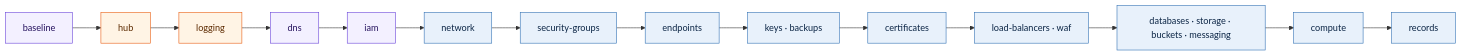
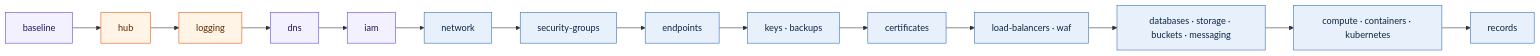
Before and after one commit to justin-samuel12/terraform-aws-scaffold: the fifth of 5 diagrams in README.md, drawn with Mermaid. The commit also changed other lines of this file and 182 other files, not shown here.

````diff
--- a/README.md
+++ b/README.md
@@ -135,14 +135,14 @@
 ```mermaid
 flowchart LR
   base["baseline"] --> hub["hub"] --> log["logging"] --> dns["dns"] --> iam["iam"]
   iam --> net["network"] --> sg["security-groups"] --> ep["endpoints"]
   ep --> keys["keys · backups"] --> cert["certificates"] --> lb["load-balancers · waf"]
-  lb --> data["databases · storage · buckets · messaging"] --> comp["compute"] --> rec["records"]
+  lb --> data["databases · storage · buckets · messaging"] --> comp["compute · containers · kubernetes"] --> rec["records"]
 
   classDef g fill:#f3f0ff,stroke:#6741d9,color:#25125e
   classDef s fill:#fff4e5,stroke:#e8590c,color:#5c2a00
   classDef e fill:#e8f1fb,stroke:#2f6fb3,color:#0b2545
   class base,dns,iam g
   class hub,log s
   class net,sg,ep,keys,cert,lb,data,comp,rec e
 ```
````
